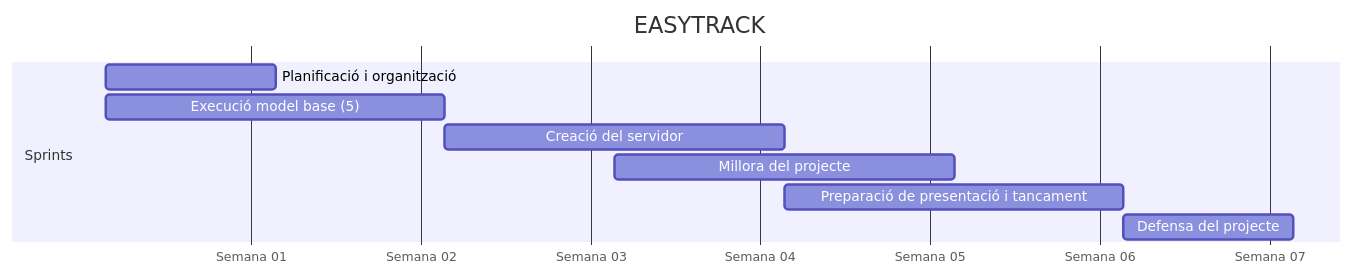
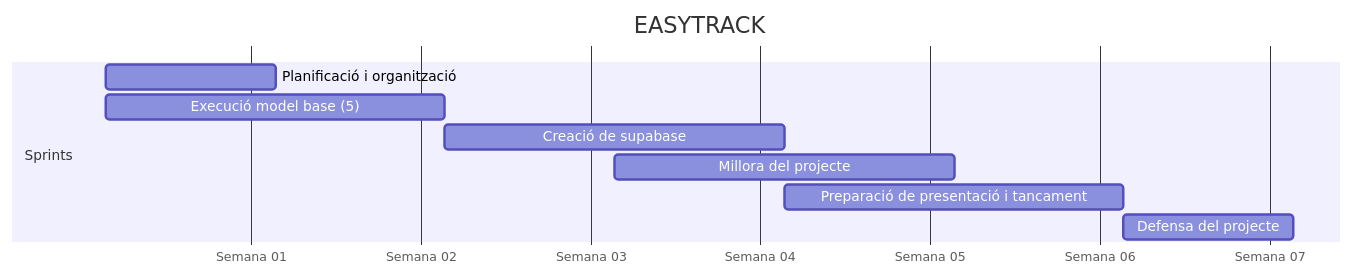
The diagram in README.md (Hamzafpllefia/easytrack), drawn with Mermaid before and after one commit. The commit also changed other lines of this file, not shown here.

Commit message:
Actualiza el título y corrige el nombre del servidor en el README.md

````diff
--- a/README.md
+++ b/README.md
@@ -2,14 +2,14 @@
 ```mermaid
 gantt
     title EASYTRACK
     dateFormat  YYYY-MM-DD
     axisFormat  Semana %W
 
     section Sprints
     Planificació i organització        :a1, 2024-01-01, 7d
     Execució model base (5)            :a2, 2024-01-01, 14d
-    Creació del servidor               :a3, 2024-01-15, 14d
+    Creació de supabase               :a3, 2024-01-15, 14d
     Millora del projecte               :a4, 2024-01-22, 14d
     Preparació de presentació i tancament :a5, 2024-01-29, 14d
     Defensa del projecte               :a6, 2024-02-12, 7d
 ```
````
